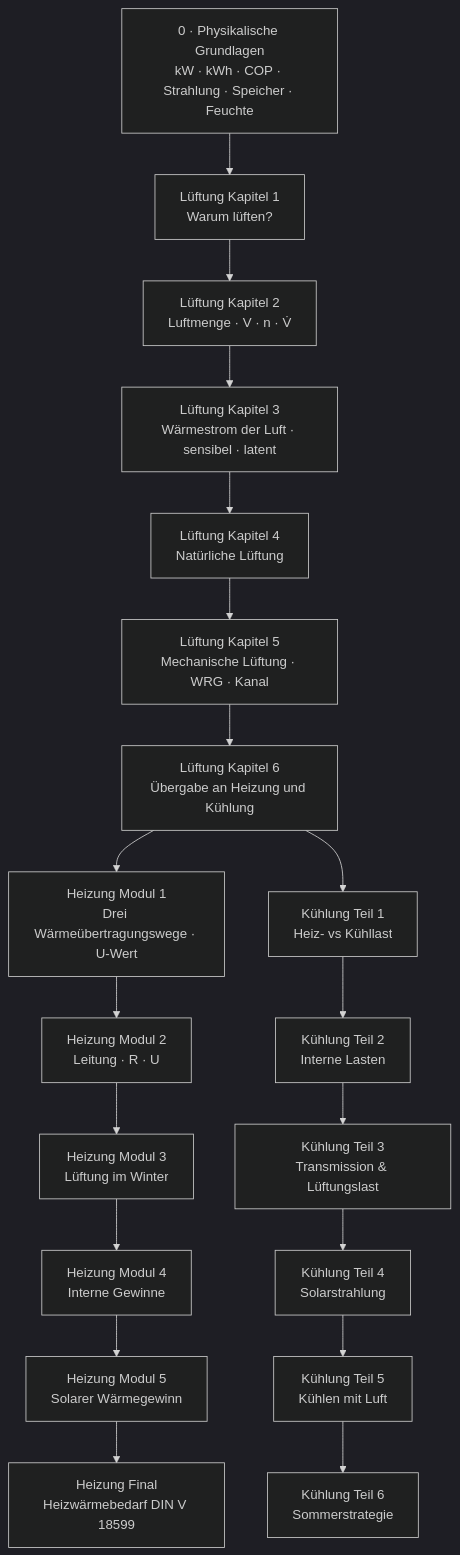
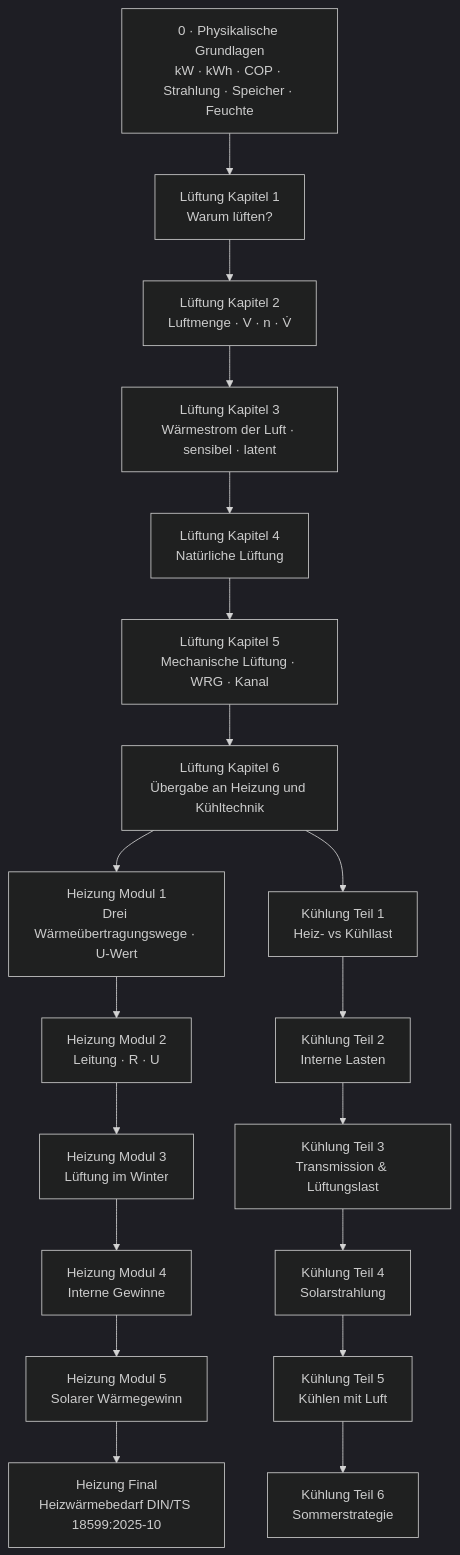
One commit to usalu/semio changed the diagram in 🎓️teaching/🏛️architecture/⚡️energy/📖️concepts/📝️.md. Above: the diagram before and after it, drawn with Mermaid (dark theme). The commit also changed other lines of this file and 10394 other files, not shown here.

````diff
--- a/🎓️teaching/🏛️architecture/⚡️energy/📖️concepts/📝️.md
+++ b/🎓️teaching/🏛️architecture/⚡️energy/📖️concepts/📝️.md
@@ -10,26 +10,26 @@
 ```mermaid
 flowchart TB
     PF["0 · Physikalische Grundlagen<br/>kW · kWh · COP · Strahlung · Speicher · Feuchte"]
     V1["Lüftung Kapitel 1<br/>Warum lüften?"]
     V2["Lüftung Kapitel 2<br/>Luftmenge · V · n · V̇"]
     V3["Lüftung Kapitel 3<br/>Wärmestrom der Luft · sensibel · latent"]
     V4["Lüftung Kapitel 4<br/>Natürliche Lüftung"]
     V5["Lüftung Kapitel 5<br/>Mechanische Lüftung · WRG · Kanal"]
-    V6["Lüftung Kapitel 6<br/>Übergabe an Heizung und Kühlung"]
+    V6["Lüftung Kapitel 6<br/>Übergabe an Heizung und Kühltechnik"]
     H1["Heizung Modul 1<br/>Drei Wärmeübertragungswege · U-Wert"]
     H2["Heizung Modul 2<br/>Leitung · R · U"]
     H3["Heizung Modul 3<br/>Lüftung im Winter"]
     H4["Heizung Modul 4<br/>Interne Gewinne"]
     H5["Heizung Modul 5<br/>Solarer Wärmegewinn"]
-    HF["Heizung Final<br/>Heizwärmebedarf DIN V 18599"]
+    HF["Heizung Final<br/>Heizwärmebedarf DIN/TS 18599:2025-10"]
     C1["Kühlung Teil 1<br/>Heiz- vs Kühllast"]
     C2["Kühlung Teil 2<br/>Interne Lasten"]
     C3["Kühlung Teil 3<br/>Transmission & Lüftungslast"]
     C4["Kühlung Teil 4<br/>Solarstrahlung"]
     C5["Kühlung Teil 5<br/>Kühlen mit Luft"]
     C6["Kühlung Teil 6<br/>Sommerstrategie"]
 
     PF --> V1 --> V2 --> V3 --> V4 --> V5 --> V6
     V6 --> H1 --> H2 --> H3 --> H4 --> H5 --> HF
     V6 --> C1 --> C2 --> C3 --> C4 --> C5 --> C6
 ```
````
